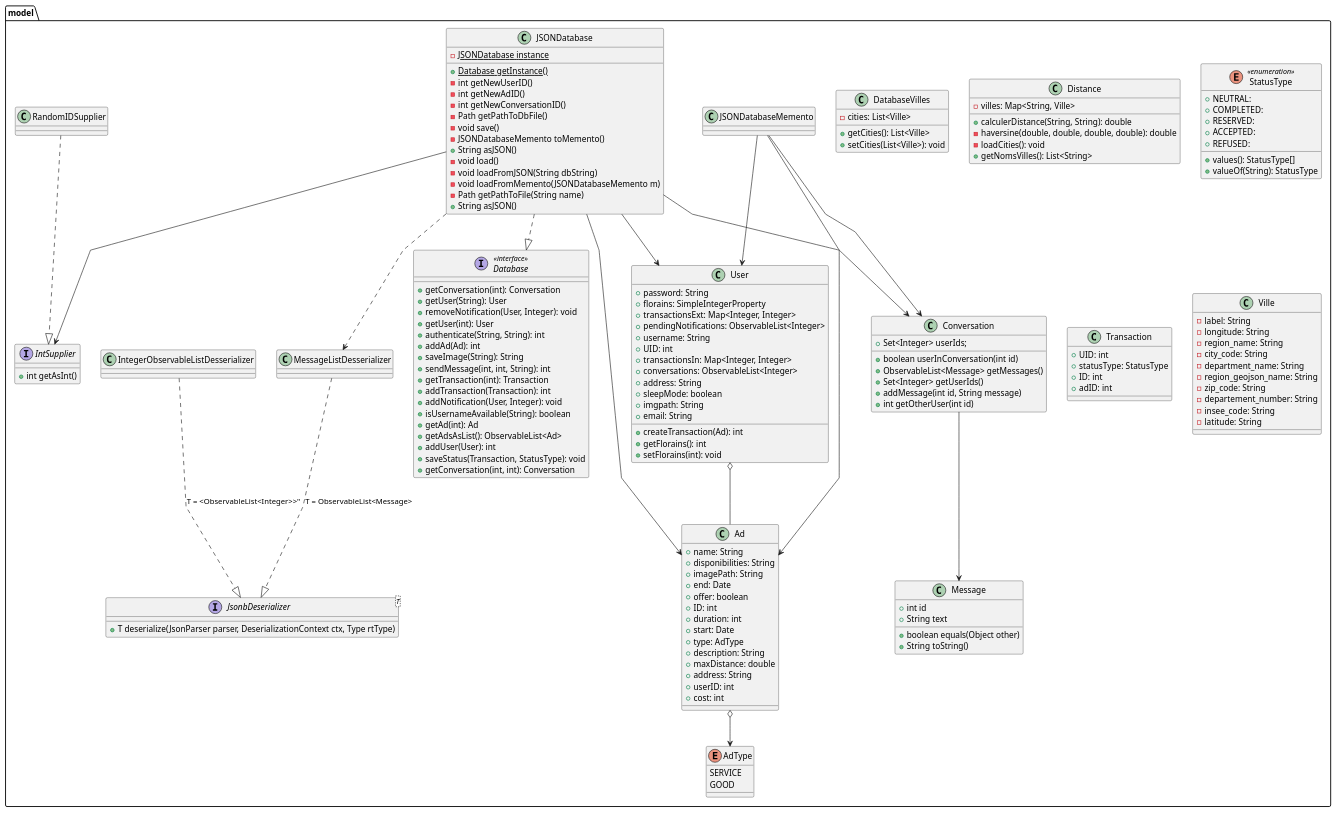
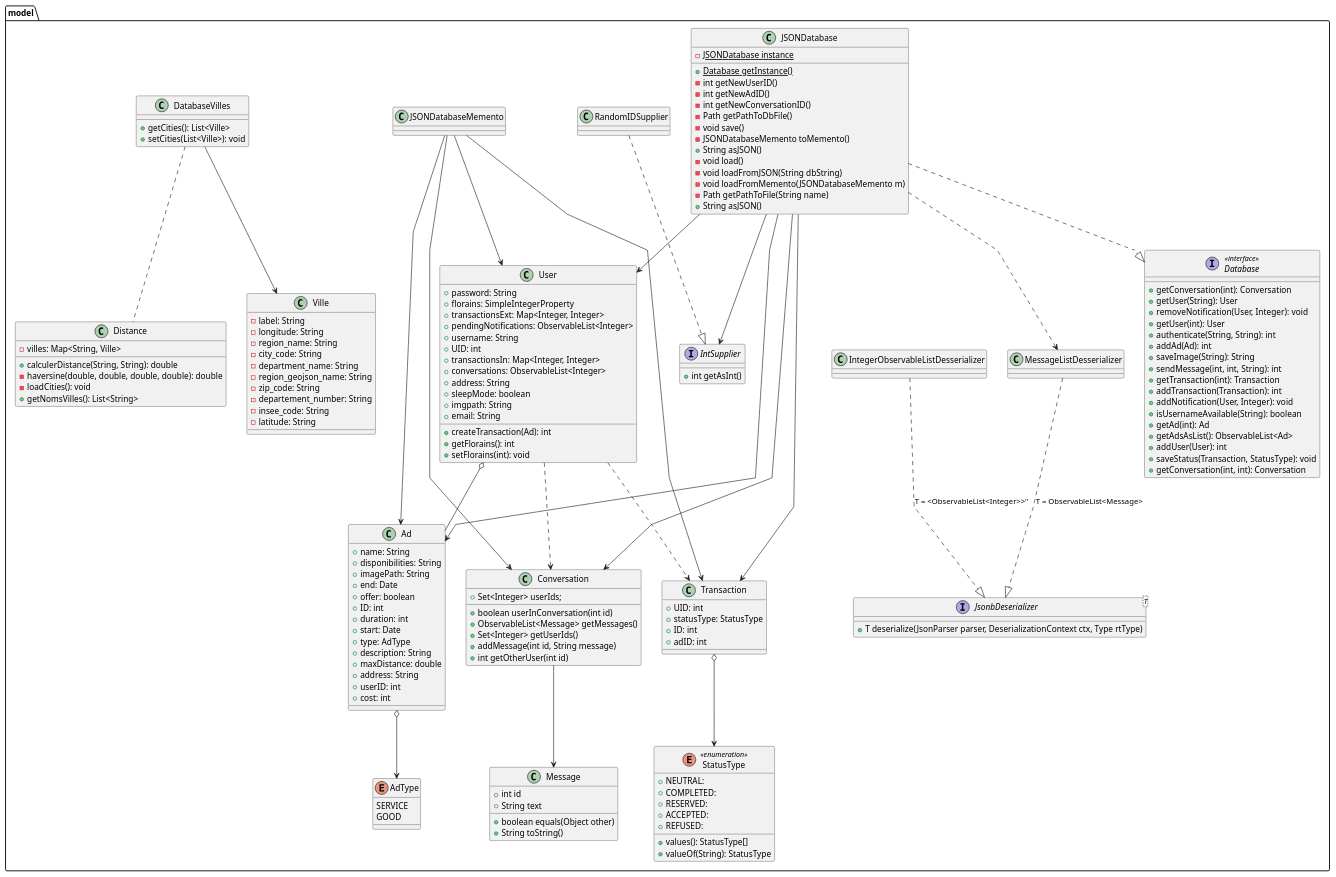
Before and after one commit to Nic0Fernandez/Direct_Dealing: the diagram in diagrams/class.puml, drawn with PlantUML. The commit also changed 4 other files, not shown here.

```diff
--- a/diagrams/class.puml
+++ b/diagrams/class.puml
@@ -1,172 +1,182 @@
 @startuml "class"
 
 skinparam linetype polyline
 package model {
   class User {
     + password: String
     + florains: SimpleIntegerProperty
     + transactionsExt: Map<Integer, Integer>
     + pendingNotifications: ObservableList<Integer>
     + username: String
     + UID: int
     + transactionsIn: Map<Integer, Integer>
     + conversations: ObservableList<Integer>
     + address: String
     + sleepMode: boolean
     + imgpath: String
     + email: String
     + createTransaction(Ad): int
     + getFlorains(): int
     + setFlorains(int): void
   }
   User o-- Ad
 
   Enum AdType {
     SERVICE
     GOOD
   }
 
   class Ad {
   + name: String
   + disponibilities: String
   + imagePath: String
   + end: Date
   + offer: boolean
   + ID: int
   + duration: int
   + start: Date
   + type: AdType
   + description: String
   + maxDistance: double
   + address: String
   + userID: int
   + cost: int
 }
   Ad o--> AdType
 
   interface Database << interface >> {
     + getConversation(int): Conversation
     + getUser(String): User
     + removeNotification(User, Integer): void
     + getUser(int): User
     + authenticate(String, String): int
     + addAd(Ad): int
     + saveImage(String): String
     + sendMessage(int, int, String): int
     + getTransaction(int): Transaction
     + addTransaction(Transaction): int
     + addNotification(User, Integer): void
     + isUsernameAvailable(String): boolean
     + getAd(int): Ad
     + getAdsAsList(): ObservableList<Ad>
     + addUser(User): int
     + saveStatus(Transaction, StatusType): void
     + getConversation(int, int): Conversation
   }
 
   class JSONDatabase {
     - {static} JSONDatabase instance
     + {static} Database getInstance()
     - int getNewUserID()
     - int getNewAdID()
     - int getNewConversationID()
     - Path getPathToDbFile()
     - void save()
     - JSONDatabaseMemento toMemento()
     + String asJSON()
     - void load()
     - void loadFromJSON(String dbString)
     - void loadFromMemento(JSONDatabaseMemento m)
     - Path getPathToFile(String name)
     + String asJSON()
   }
 
   class DatabaseVilles {
-    - cities: List<Ville>
     + getCities(): List<Ville>
     + setCities(List<Ville>): void
   }
+
+  DatabaseVilles.. Distance
 
   class Distance {
     - villes: Map<String, Ville>
     + calculerDistance(String, String): double
     - haversine(double, double, double, double): double
     - loadCities(): void
     + getNomsVilles(): List<String>
   }
 
   class Message {
     + int id
     + String text
     + boolean equals(Object other)
     + String toString()
   }
 
   class Conversation {
     + Set<Integer> userIds;
     + boolean userInConversation(int id)
     + ObservableList<Message> getMessages()
     + Set<Integer> getUserIds()
     + addMessage(int id, String message)
     + int getOtherUser(int id)
   }
 
   enum StatusType << enumeration >> {
     + NEUTRAL: 
     + COMPLETED: 
     + RESERVED: 
     + ACCEPTED: 
     + REFUSED: 
     + values(): StatusType[]
     + valueOf(String): StatusType
   }
 
   class Transaction {
     + UID: int
     + statusType: StatusType
     + ID: int
     + adID: int
   }
 
   class Ville {
     - label: String
     - longitude: String
     - region_name: String
     - city_code: String
     - department_name: String
     - region_geojson_name: String
     - zip_code: String
     - departement_number: String
     - insee_code: String
     - latitude: String
   }
 
 
   Conversation --> Message
 
   JSONDatabase --> IntSupplier
   JSONDatabase ..|> Database
   JSONDatabase --> User
   JSONDatabase --> Ad
   JSONDatabase --> Conversation
   interface IntSupplier {
     + int getAsInt()
   }
 
+  DatabaseVilles --> Ville
+
+
+  Transaction o--> StatusType
+  JSONDatabaseMemento --> Transaction
+
+  JSONDatabase --> Transaction
   JSONDatabaseMemento --> User
   JSONDatabaseMemento --> Ad
   JSONDatabaseMemento --> Conversation
 
   RandomIDSupplier ..|> IntSupplier
+  User ..> Transaction
+  User ..> Conversation
 
   JSONDatabase ..> MessageListDesserializer
 
   MessageListDesserializer ..|> JsonbDeserializer : "T = ObservableList<Message>"
   IntegerObservableListDesserializer ..|>   JsonbDeserializer: "T = <ObservableList<Integer>>""
   interface "JsonbDeserializer<T>" as JsonbDeserializer {
     + T deserialize(JsonParser parser, DeserializationContext ctx, Type rtType)
   }
 
 }
 
 @enduml
```
